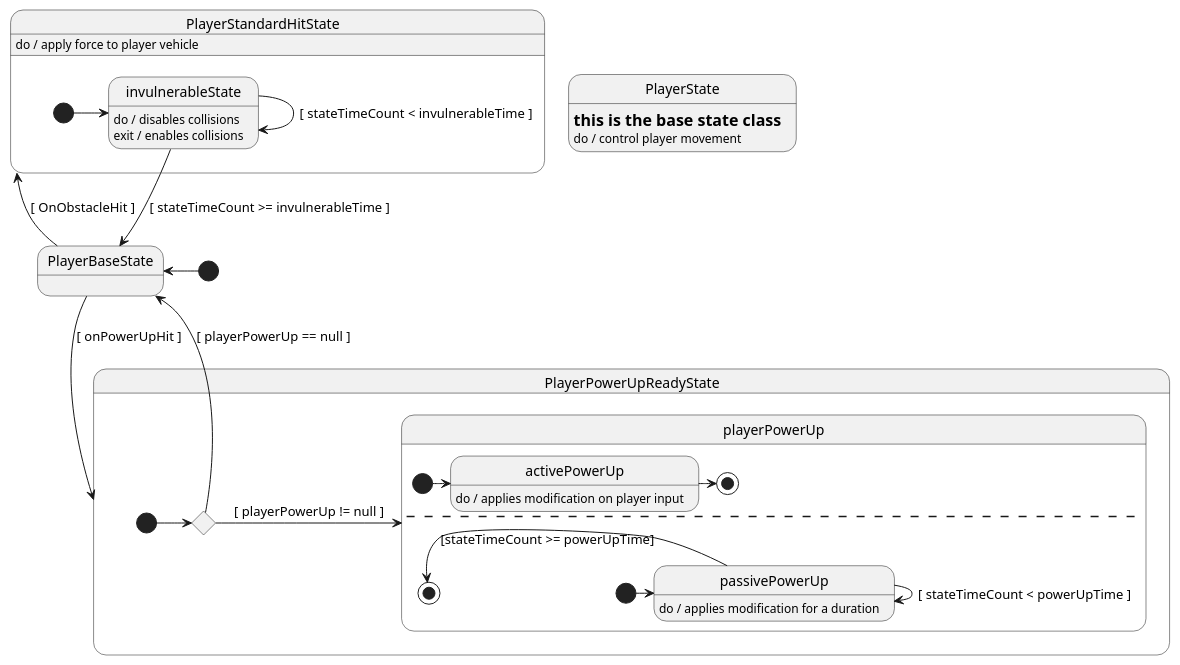
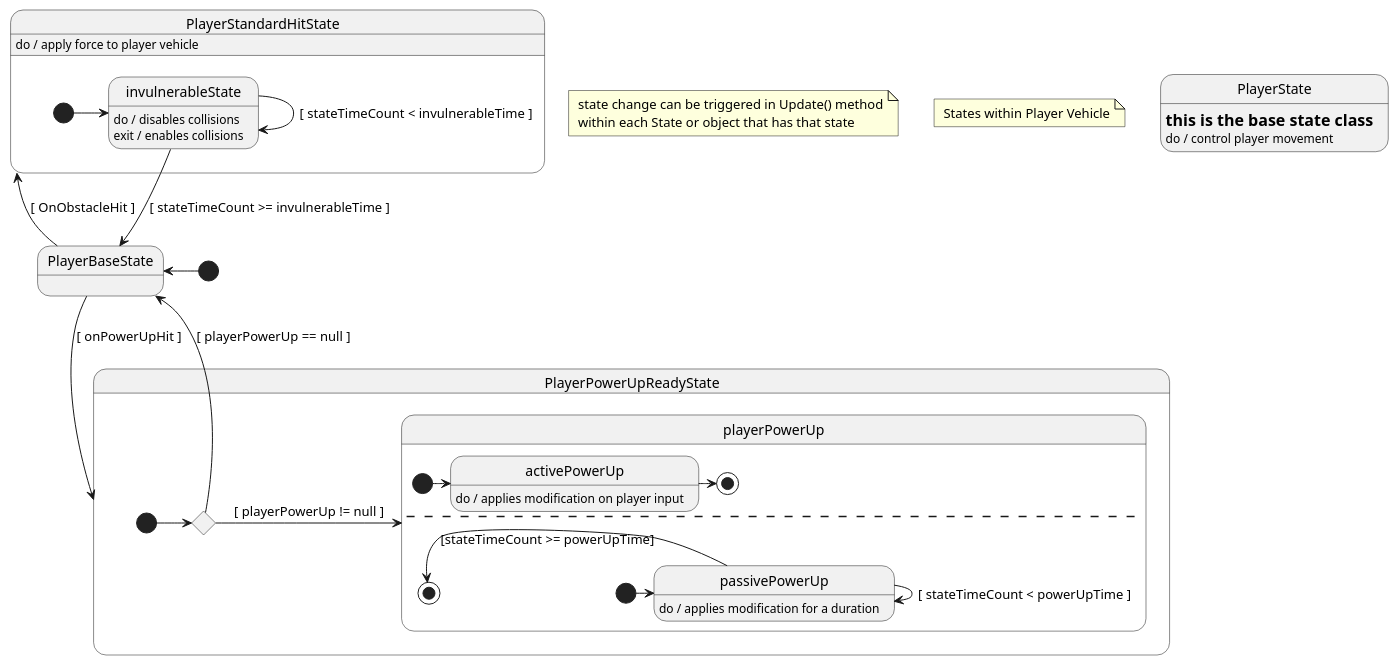
One commit to CKTA00/Robbery_Rush_UML changed the diagram in UML/player_car_state_machine.puml. Above: the diagram before and after it, drawn with PlantUML.

Commit message:
state machine update

```diff
--- a/UML/player_car_state_machine.puml
+++ b/UML/player_car_state_machine.puml
@@ -1,50 +1,53 @@
 @startuml
+
+note " state change can be triggered in Update() method\n within each State or object that has that state" as updateNote
+note " States within Player Vehicle" as note2
 
 state PlayerState : = this is the base state class
 state PlayerState : do / control player movement
 
 state PlayerBaseState
 
 [*] -u> PlayerBaseState
 PlayerBaseState -> PlayerStandardHitState : [ OnObstacleHit ]
 
 state PlayerStandardHitState : do / apply force to player vehicle
 
 state PlayerStandardHitState{
     state invulnerableState : do / disables collisions
     state invulnerableState : exit / enables collisions
     [*] -> invulnerableState
     invulnerableState --> invulnerableState : [ stateTimeCount < invulnerableTime ]
     invulnerableState --> PlayerBaseState : [ stateTimeCount >= invulnerableTime ]
 }
 
 PlayerBaseState --> PlayerPowerUpReadyState : [ onPowerUpHit ]
 
 state PlayerPowerUpReadyState{
 
     state c <<choice>>
     [*] -> c
     c -> playerPowerUp : [ playerPowerUp != null ]
     c --> PlayerBaseState : [ playerPowerUp == null ]
 
     state playerPowerUp{
 
         state activePowerUp : do / applies modification on player input
         [*] -> activePowerUp
         activePowerUp -> [*]
         -----
 
         state passivePowerUp : do / applies modification for a duration
         [*] ->  passivePowerUp
         passivePowerUp -> passivePowerUp : [ stateTimeCount < powerUpTime ]
         passivePowerUp -l> [*] : [stateTimeCount >= powerUpTime]
 
 
 
     }
 
 }
 
 
 
 @enduml
```
